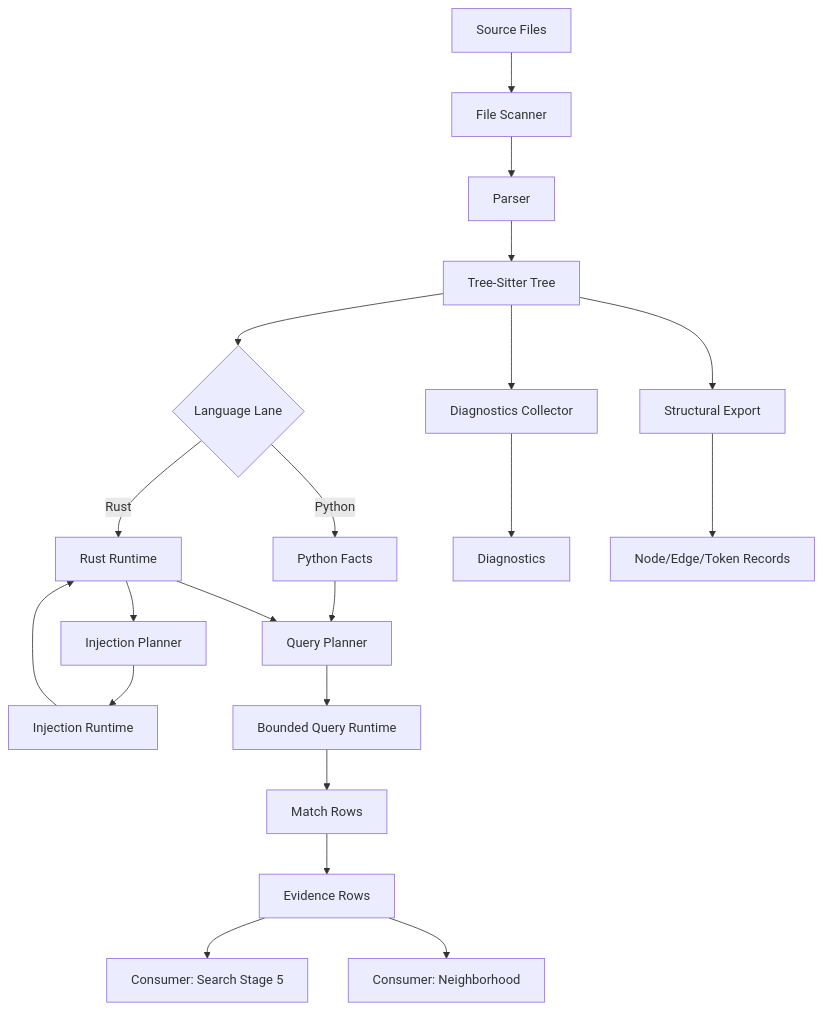
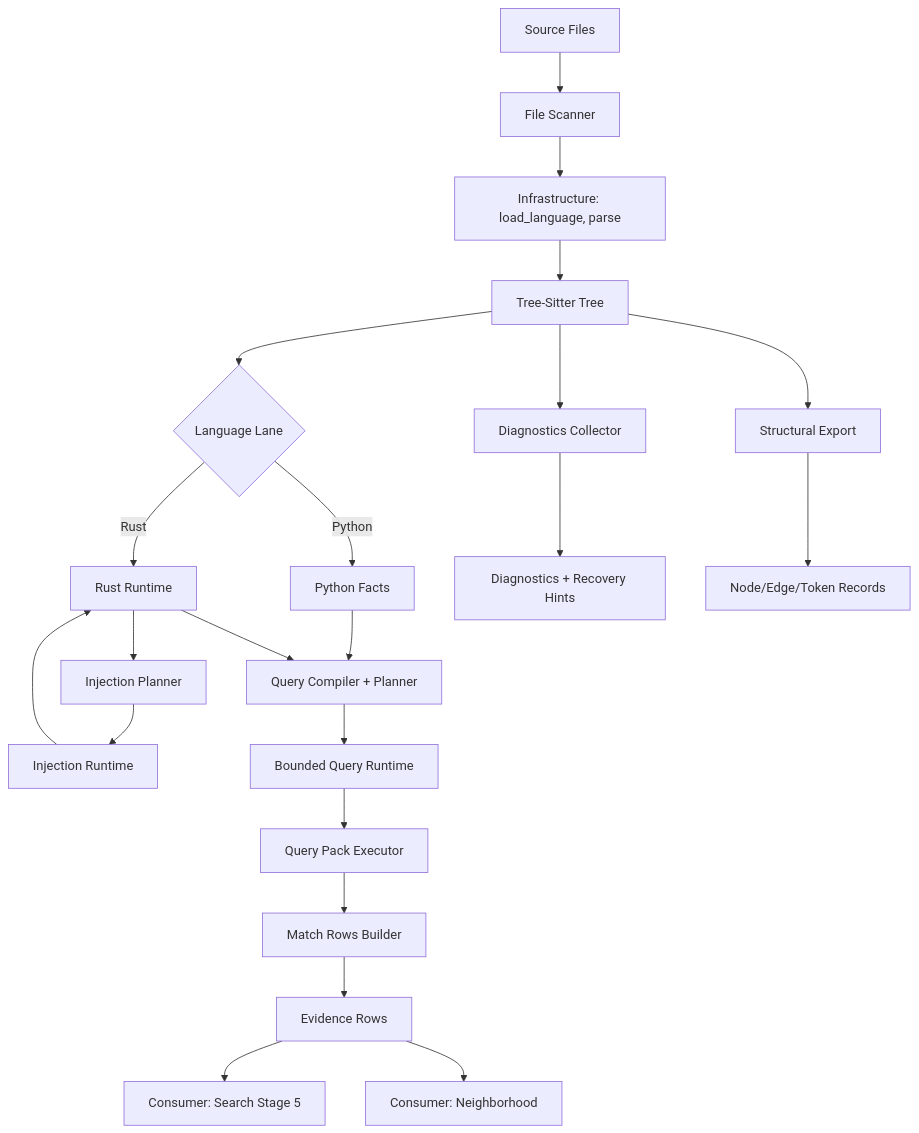
The diagram in docs/architecture/cq/07_tree_sitter_engine.md (paul-heyse/CodeAnatomy), drawn with Mermaid before and after one commit. The commit also changed other lines of this file and 461 other files, not shown here.

````diff
--- a/docs/architecture/cq/07_tree_sitter_engine.md
+++ b/docs/architecture/cq/07_tree_sitter_engine.md
@@ -822,23 +1396,24 @@
 ```mermaid
 flowchart TD
     A[Source Files] --> B[File Scanner]
-    B --> C[Parser]
+    B --> C[Infrastructure: load_language, parse]
     C --> D[Tree-Sitter Tree]
     D --> E{Language Lane}
     E -->|Python| F[Python Facts]
     E -->|Rust| G[Rust Runtime]
     G --> H[Injection Planner]
     H --> I[Injection Runtime]
     I --> G
-    F --> J[Query Planner]
+    F --> J[Query Compiler + Planner]
     G --> J
     J --> K[Bounded Query Runtime]
-    K --> L[Match Rows]
-    L --> M[Evidence Rows]
-    M --> N[Consumer: Search Stage 5]
-    M --> O[Consumer: Neighborhood]
-    D --> P[Diagnostics Collector]
-    P --> Q[Diagnostics]
-    D --> R[Structural Export]
-    R --> S[Node/Edge/Token Records]
+    K --> L[Query Pack Executor]
+    L --> M[Match Rows Builder]
+    M --> N[Evidence Rows]
+    N --> O[Consumer: Search Stage 5]
+    N --> P[Consumer: Neighborhood]
+    D --> Q[Diagnostics Collector]
+    Q --> R[Diagnostics + Recovery Hints]
+    D --> S[Structural Export]
+    S --> T[Node/Edge/Token Records]
 ```
````
